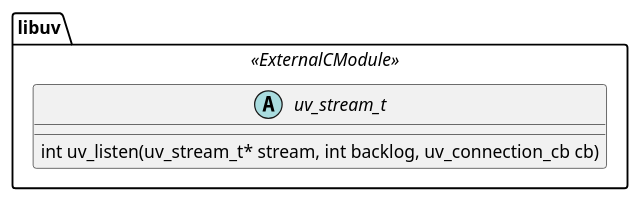
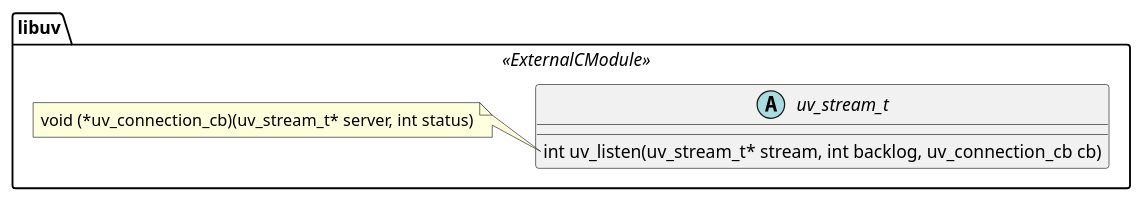
The diagram in node/src/deps/libuv/uv_stream_t.puml (Ayase-252/note-figures), drawn with PlantUML before and after one commit. The commit also changed 15 other files, not shown here.

Commit message:
docs: update UML figure for node.js

```diff
--- a/node/src/deps/libuv/uv_stream_t.puml
+++ b/node/src/deps/libuv/uv_stream_t.puml
@@ -1,9 +1,13 @@
 @startuml deps/libuv/uv_stream_t
 
 namespace libuv <<ExternalCModule>> {
   abstract uv_stream_t {
     int uv_listen(uv_stream_t* stream, int backlog, uv_connection_cb cb)
   }
+
+  note left of uv_stream_t::uv_listen
+    void (*uv_connection_cb)(uv_stream_t* server, int status)
+  end note
 }
 
 @enduml
```
